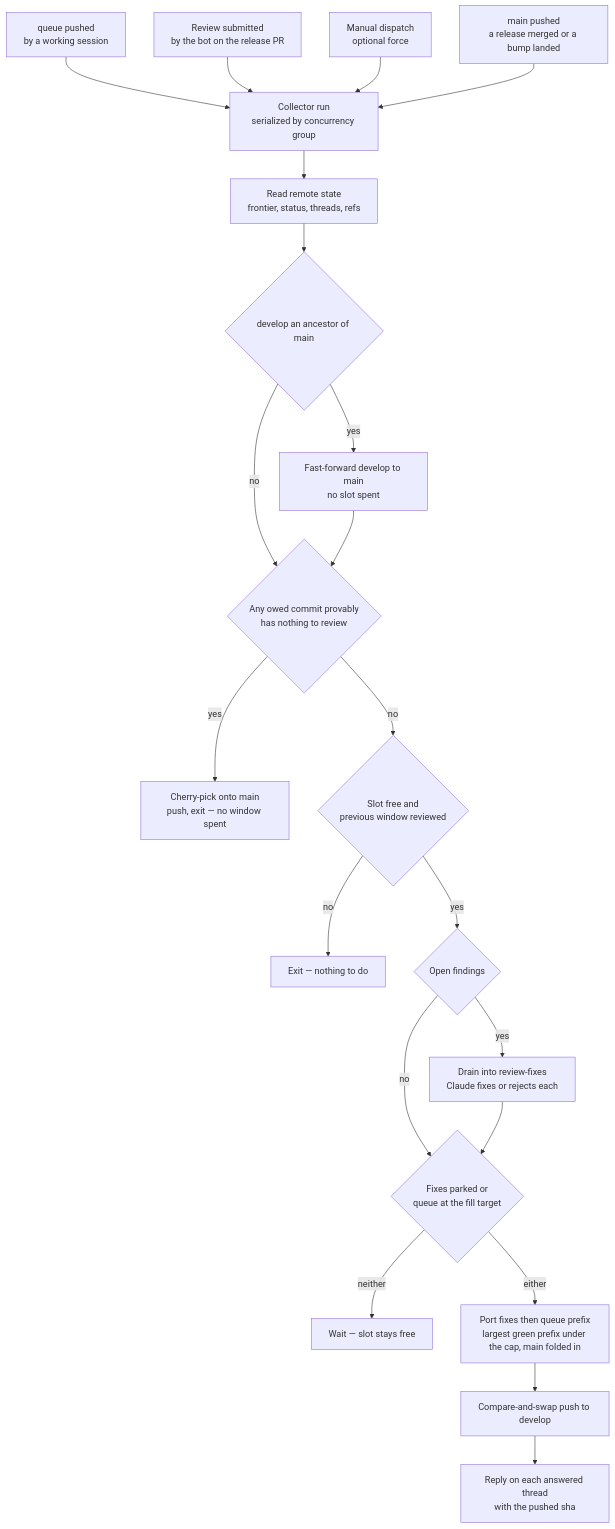
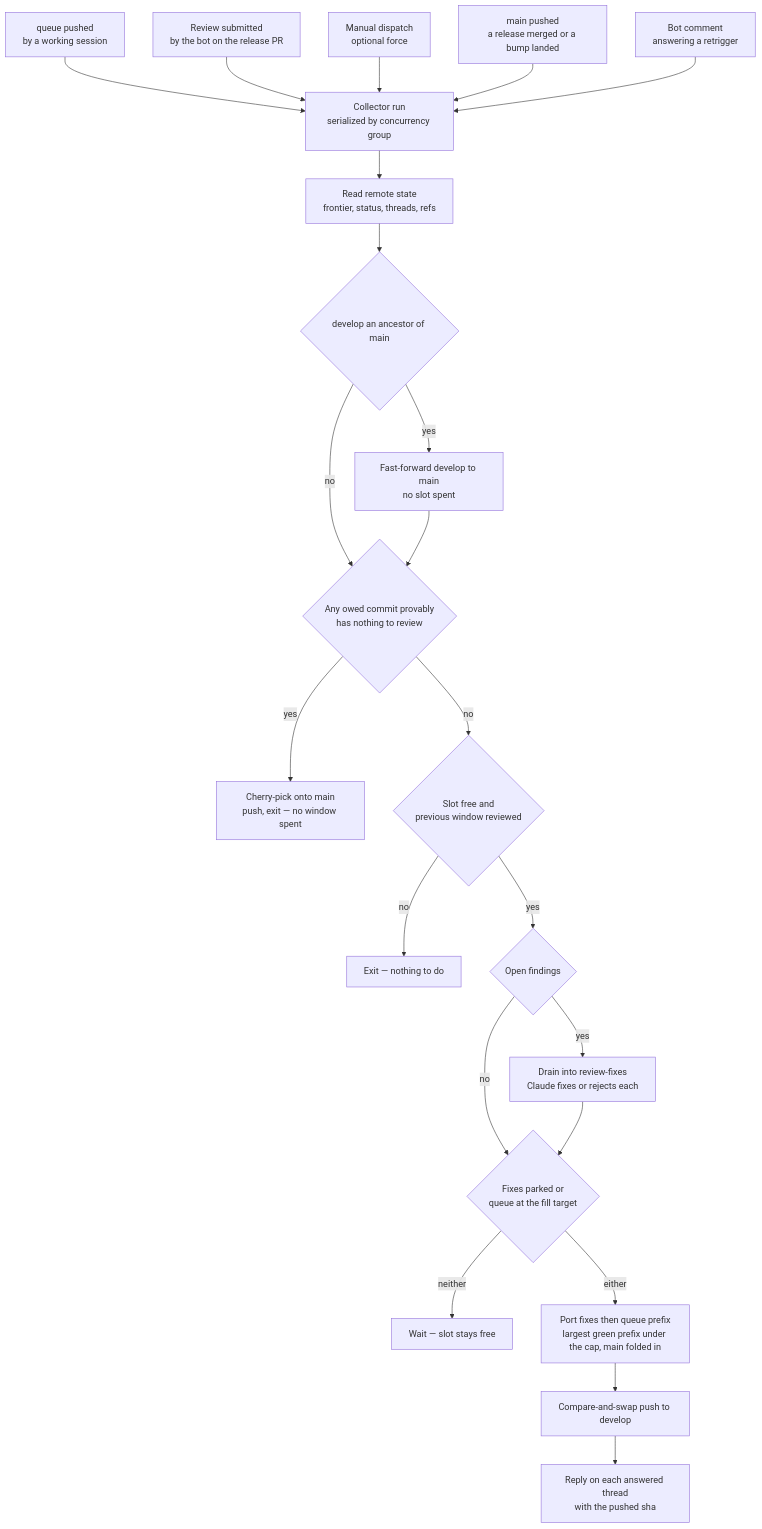
Before and after one commit to Esposter/Esposter: the diagram in apps/web/content/docs/infra/review-collector/index.md, drawn with Mermaid. The commit also changed other lines of this file and 26 other files, not shown here.

````diff
--- a/apps/web/content/docs/infra/review-collector/index.md
+++ b/apps/web/content/docs/infra/review-collector/index.md
@@ -27,23 +27,24 @@
 ```mermaid
 flowchart TD
   A[queue pushed<br/>by a working session] --> C
   F[Review submitted<br/>by the bot on the release PR] --> C
   D[Manual dispatch<br/>optional force] --> C
   MN[main pushed<br/>a release merged or a bump landed] --> C
+  CM[Bot comment<br/>answering a retrigger] --> C
   C[Collector run<br/>serialized by concurrency group] --> R[Read remote state<br/>frontier, status, threads, refs]
   R --> RS{develop an ancestor of main}
   RS -->|yes| FF[Fast-forward develop to main<br/>no slot spent]
   RS -->|no| E
   FF --> E{Any owed commit provably<br/>has nothing to review}
   E -->|yes| EX[Cherry-pick onto main<br/>push, exit — no window spent]
   E -->|no| G{Slot free and<br/>previous window reviewed}
   G -->|no| X[Exit — nothing to do]
   G -->|yes| O{Open findings}
   O -->|yes| DR[Drain into review-fixes<br/>Claude fixes or rejects each]
   O -->|no| P
   DR --> P{Fixes parked or<br/>queue at the fill target}
   P -->|neither| PK[Wait — slot stays free]
   P -->|either| W[Port fixes then queue prefix<br/>largest green prefix under the cap, main folded in]
   W --> PU[Compare-and-swap push to develop]
   PU --> RP[Reply on each answered thread<br/>with the pushed sha]
 ```
````
